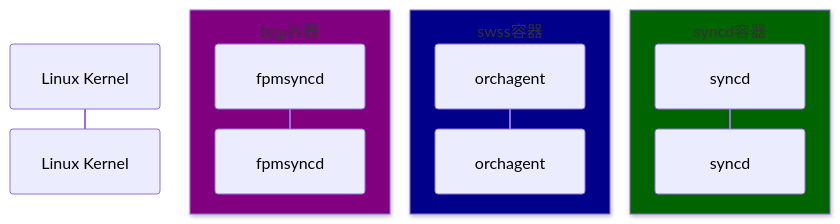
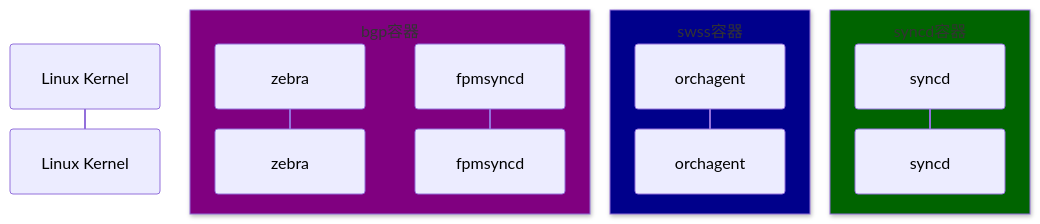
The second of 2 diagrams in src/5-2-2-bgp-route-update-workflow.md (r12f/sonic-book), drawn with Mermaid before and after one commit. The commit also changed other lines of this file, not shown here.

````diff
--- a/src/5-2-2-bgp-route-update-workflow.md
+++ b/src/5-2-2-bgp-route-update-workflow.md
@@ -736,14 +737,15 @@
 ```mermaid
 sequenceDiagram
     autonumber
     participant K as Linux Kernel
     box purple bgp容器
+    participant Z as zebra
     participant FPM as fpmsyncd
     end
     box darkblue swss容器
     participant OA as orchagent
     end
     box darkgreen syncd容器
     participant SD as syncd
     end
 ```
````
